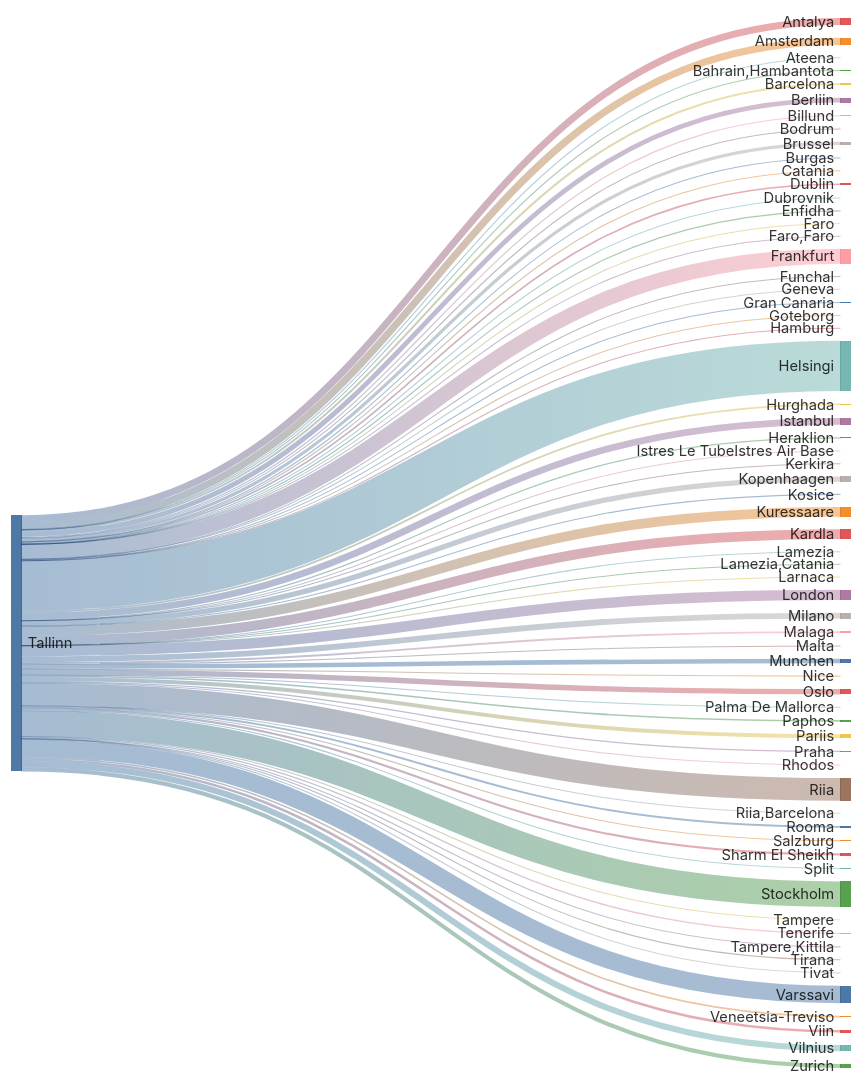
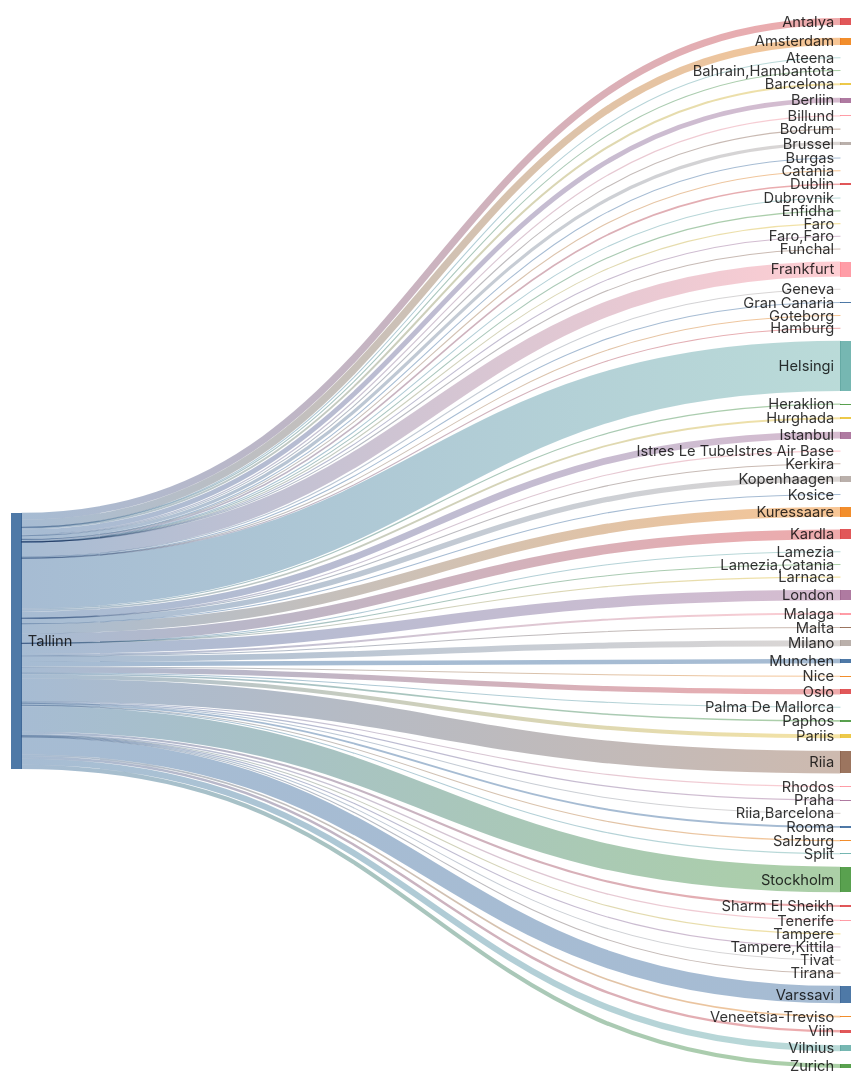
Before and after one commit to rainermesi/tll-airport-departures: the second of 2 diagrams in README.md, drawn with Mermaid. The commit also changed other lines of this file and 1 other file, not shown here.

````diff
--- a/README.md
+++ b/README.md
@@ -34,77 +34,77 @@
 ```mermaid
 ---
 config:
   sankey:
     showValues: false
     width: 800
     height: 1000
 ---
 sankey-beta
 %% source,target,value
-Tallinn,Amsterdam,303
-Tallinn,Antalya,293
+Tallinn,Amsterdam,305
+Tallinn,Antalya,294
 Tallinn,Ateena,16
 Tallinn,"Bahrain,Hambantota",1
-Tallinn,Barcelona,82
+Tallinn,Barcelona,84
 Tallinn,Berliin,204
-Tallinn,Billund,50
+Tallinn,Billund,51
 Tallinn,Bodrum,11
-Tallinn,Brussel,135
+Tallinn,Brussel,136
 Tallinn,Burgas,21
 Tallinn,Catania,2
 Tallinn,Dublin,69
 Tallinn,Dubrovnik,21
 Tallinn,Enfidha,7
 Tallinn,Faro,4
 Tallinn,"Faro,Faro",1
-Tallinn,Frankfurt,623
+Tallinn,Frankfurt,626
 Tallinn,Funchal,5
 Tallinn,Geneva,13
 Tallinn,Gran Canaria,38
 Tallinn,Goteborg,1
 Tallinn,Hamburg,2
-Tallinn,Helsingi,2094
-Tallinn,Heraklion,48
+Tallinn,Helsingi,2105
+Tallinn,Heraklion,49
 Tallinn,Hurghada,75
-Tallinn,Istanbul,283
+Tallinn,Istanbul,284
 Tallinn,Istres Le TubeIstres Air Base,2
 Tallinn,Kerkira,4
-Tallinn,Kopenhaagen,225
+Tallinn,Kopenhaagen,227
 Tallinn,Kosice,1
-Tallinn,Kuressaare,407
-Tallinn,Kardla,407
+Tallinn,Kuressaare,409
+Tallinn,Kardla,409
 Tallinn,Lamezia,1
 Tallinn,"Lamezia,Catania",3
 Tallinn,Larnaca,4
-Tallinn,London,436
-Tallinn,Malaga,80
+Tallinn,London,438
+Tallinn,Malaga,81
 Tallinn,Malta,16
 Tallinn,Milano,246
 Tallinn,Munchen,189
 Tallinn,Nice,26
 Tallinn,Oslo,223
 Tallinn,Palma De Mallorca,20
 Tallinn,Paphos,66
 Tallinn,Pariis,168
-Tallinn,Praha,51
+Tallinn,Praha,52
 Tallinn,Rhodos,34
-Tallinn,Riia,944
+Tallinn,Riia,949
 Tallinn,"Riia,Barcelona",1
 Tallinn,Rooma,80
 Tallinn,Salzburg,14
 Tallinn,Sharm El Sheikh,91
 Tallinn,Split,27
-Tallinn,Stockholm,1071
+Tallinn,Stockholm,1077
 Tallinn,Tampere,17
 Tallinn,"Tampere,Kittila",21
 Tallinn,Tenerife,58
 Tallinn,Tirana,8
 Tallinn,Tivat,28
-Tallinn,Varssavi,726
+Tallinn,Varssavi,729
 Tallinn,Veneetsia-Treviso,67
 Tallinn,Viin,106
-Tallinn,Vilnius,257
-Tallinn,Zurich,174
+Tallinn,Vilnius,258
+Tallinn,Zurich,175
 
 
 ```
````
